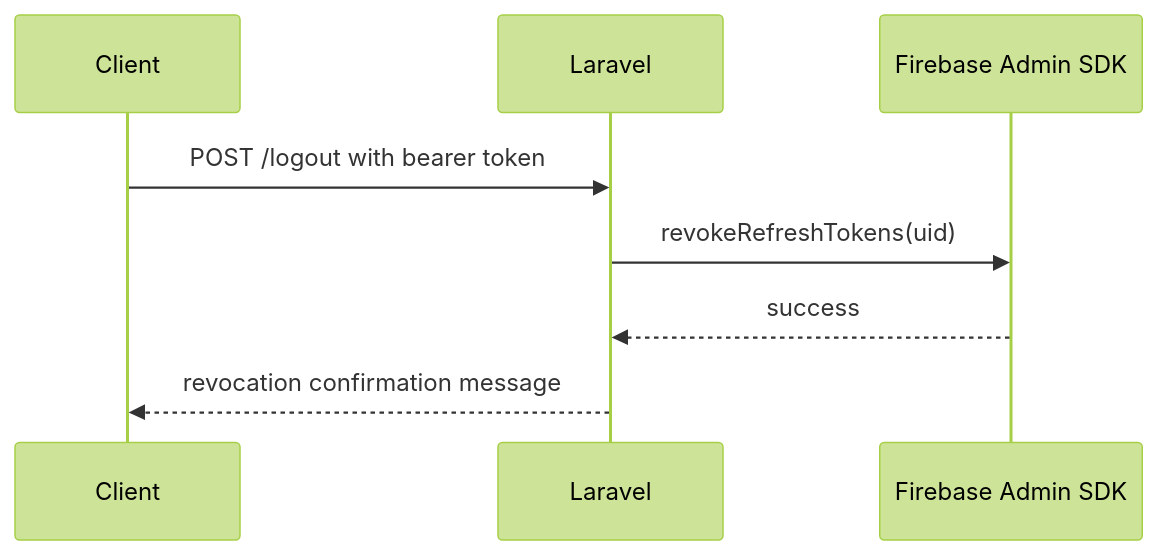
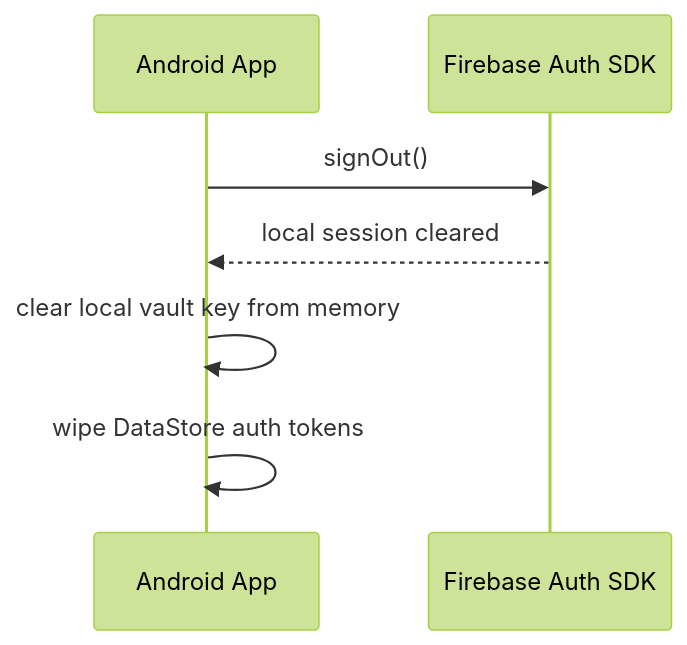
The sixth of 7 diagrams in docs/DIAGRAMS.md (abhay-byte/truvalt), drawn with Mermaid (forest theme) before and after one commit. The commit also changed other lines of this file and 2 other files, not shown here.

First line of the commit message:
docs: Update diagrams, UI docs, and API test results for Firebase-direct

````diff
--- a/docs/DIAGRAMS.md
+++ b/docs/DIAGRAMS.md
@@ -147,11 +118,10 @@
 ```mermaid
 sequenceDiagram
-    participant Client
-    participant Laravel
-    participant Admin as Firebase Admin SDK
+    participant Client as Android App
+    participant FirebaseSDK as Firebase Auth SDK
 
-    Client->>Laravel: POST /logout with bearer token
-    Laravel->>Admin: revokeRefreshTokens(uid)
-    Admin-->>Laravel: success
-    Laravel-->>Client: revocation confirmation message
+    Client->>FirebaseSDK: signOut()
+    FirebaseSDK-->>Client: local session cleared
+    Client->>Client: clear local vault key from memory
+    Client->>Client: wipe DataStore auth tokens
 ```
````
